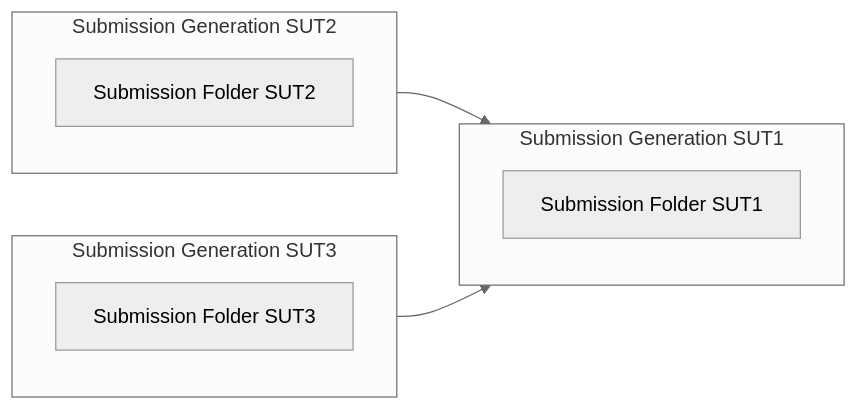
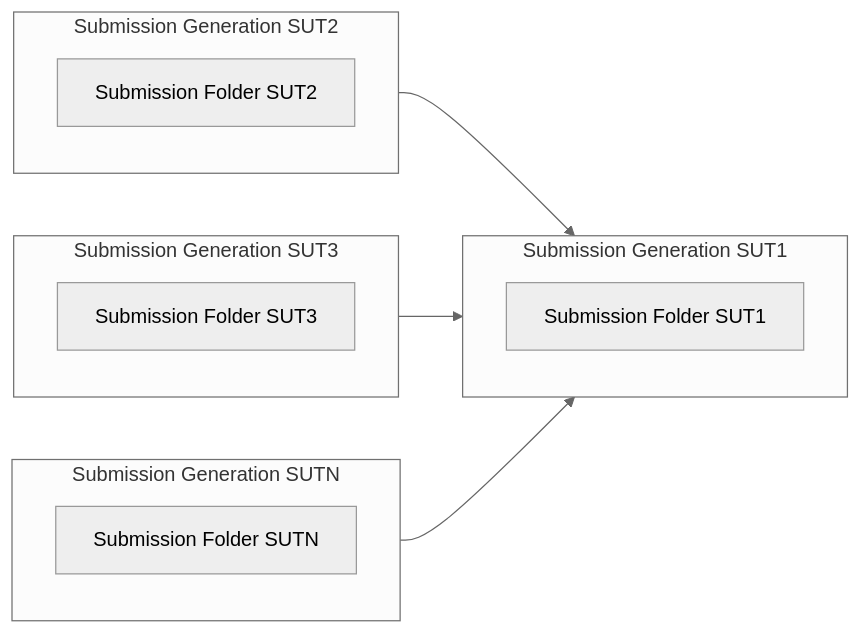
Before and after one commit to mlcommons/inference: the second of 4 diagrams in docs/submission/index.md, drawn with Mermaid (neutral theme). The commit also changed other lines of this file, not shown here.

Commit message:
Fixes to submission generation docs

````diff
--- a/docs/submission/index.md
+++ b/docs/submission/index.md
@@ -119,15 +122,19 @@
     ```mermaid
         flowchart LR
             subgraph SUT1 [Submission Generation SUT1]
               A[Submission Folder SUT1]
             end
             subgraph SUT2 [Submission Generation SUT2]
               B[Submission Folder SUT2]
             end
             subgraph SUT3 [Submission Generation SUT3]
               C[Submission Folder SUT3]
             end
+            subgraph SUTN [Submission Generation SUTN]
+              D[Submission Folder SUTN]
+            end
             SUT2 --> SUT1
             SUT3 --> SUT1
+            SUTN --> SUT1
            
     ```
````
